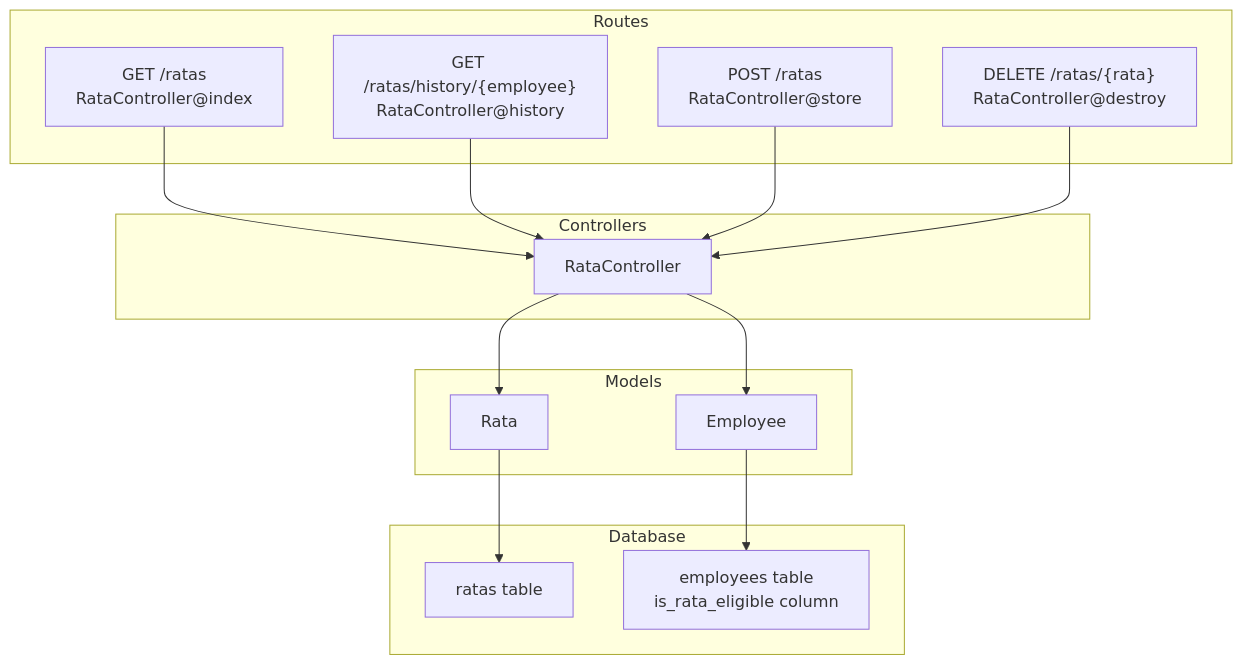
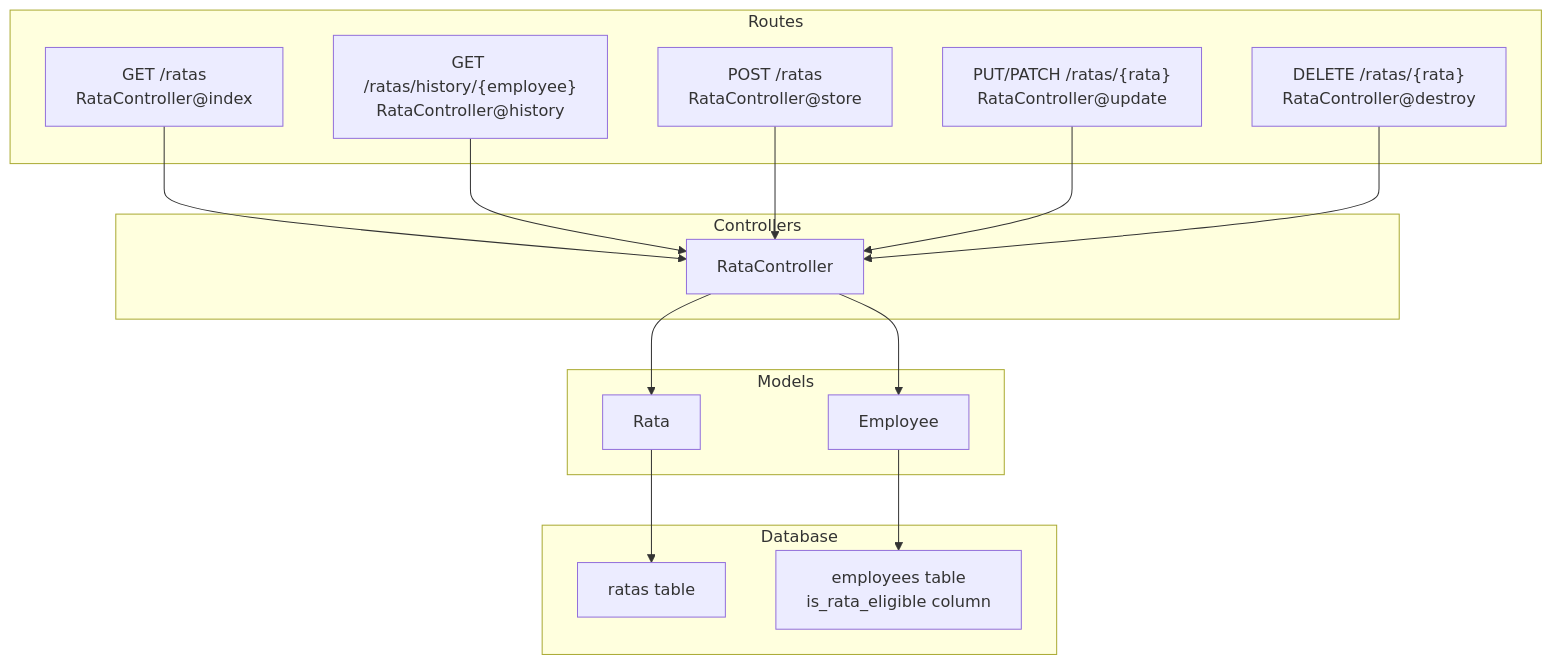
The first of 4 diagrams in .qoder/repowiki/en/content/API Documentation/Payroll Management API/RATA Deduction API.md (vincet0t15/template), drawn with Mermaid before and after one commit. The commit also changed other lines of this file and 11 other files, not shown here.

````diff
--- a/.qoder/repowiki/en/content/API Documentation/Payroll Management API/RATA Deduction API.md
+++ b/.qoder/repowiki/en/content/API Documentation/Payroll Management API/RATA Deduction API.md
@@ -34,28 +42,30 @@
 ```mermaid
 graph TB
 subgraph "Routes"
 R1["GET /ratas<br/>RataController@index"]
 R2["GET /ratas/history/{employee}<br/>RataController@history"]
 R3["POST /ratas<br/>RataController@store"]
-R4["DELETE /ratas/{rata}<br/>RataController@destroy"]
+R4["PUT/PATCH /ratas/{rata}<br/>RataController@update"]
+R5["DELETE /ratas/{rata}<br/>RataController@destroy"]
 end
 subgraph "Controllers"
 C1["RataController"]
 end
 subgraph "Models"
 M1["Rata"]
 M2["Employee"]
 end
 subgraph "Database"
 T1["ratas table"]
 T2["employees table<br/>is_rata_eligible column"]
 end
 R1 --> C1
 R2 --> C1
 R3 --> C1
 R4 --> C1
+R5 --> C1
 C1 --> M1
 C1 --> M2
 M1 --> T1
 M2 --> T2
 ```
````
